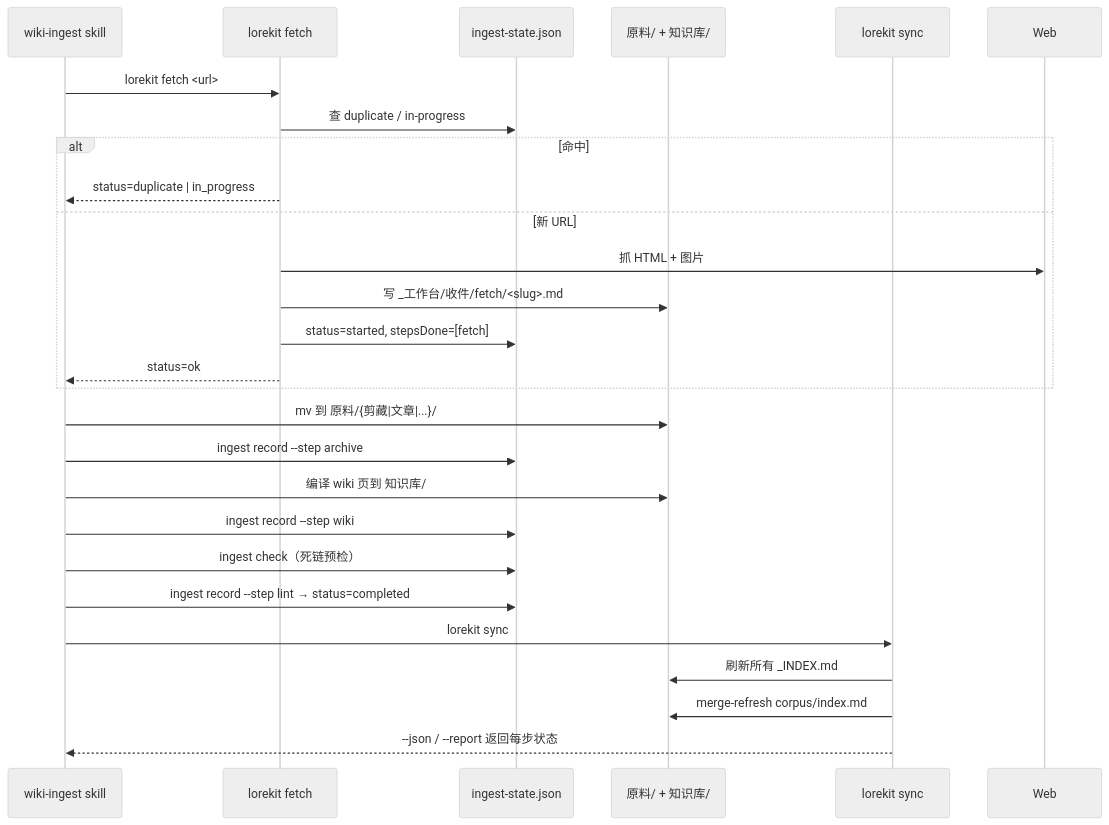
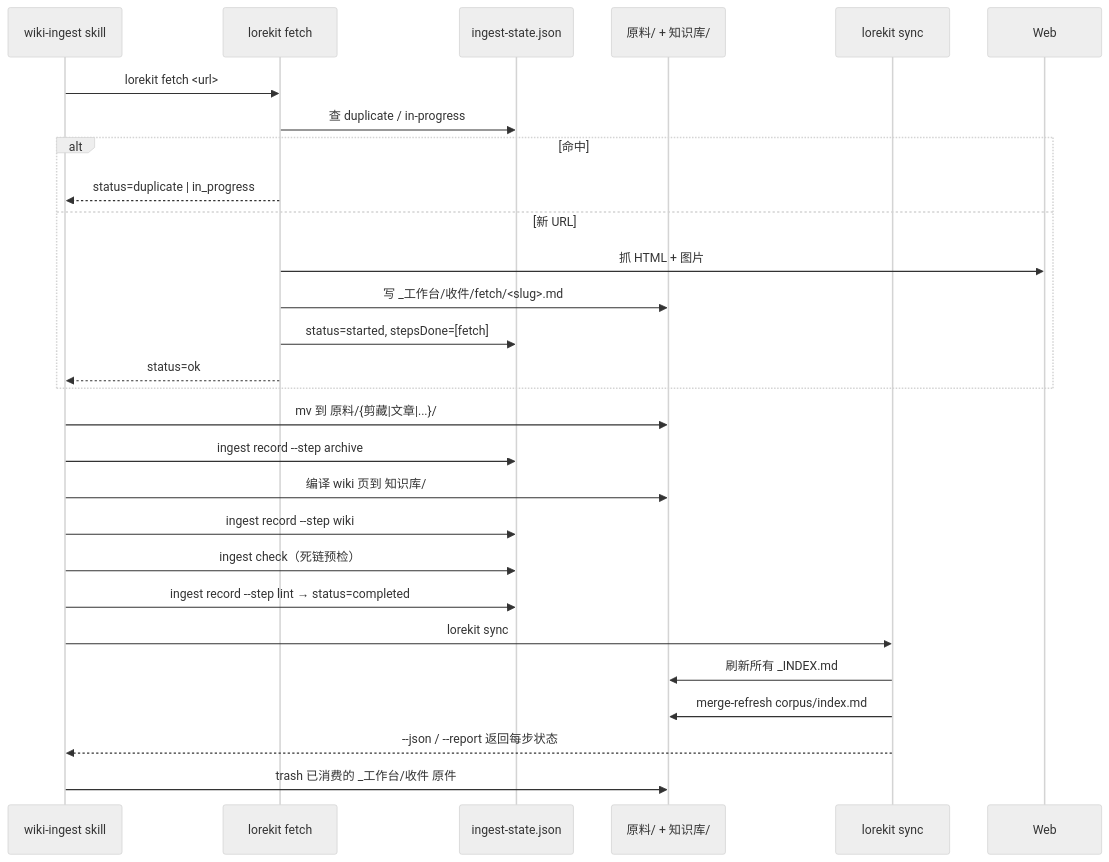
Before and after one commit to GYF0311/lorekit: the second of 5 diagrams in docs/ARCHITECTURE.md, drawn with Mermaid (neutral theme). The commit also changed 8 other files, not shown here.

````diff
--- a/docs/ARCHITECTURE.md
+++ b/docs/ARCHITECTURE.md
@@ -88,29 +88,30 @@
 ```mermaid
 sequenceDiagram
   participant Agent as wiki-ingest skill
   participant Fetch as lorekit fetch
   participant State as ingest-state.json
   participant Disk as 原料/ + 知识库/
   participant Sync as lorekit sync
 
   Agent->>Fetch: lorekit fetch <url>
   Fetch->>State: 查 duplicate / in-progress
   alt 命中
     Fetch-->>Agent: status=duplicate | in_progress
   else 新 URL
     Fetch->>Web: 抓 HTML + 图片
     Fetch->>Disk: 写 _工作台/收件/fetch/<slug>.md
     Fetch->>State: status=started, stepsDone=[fetch]
     Fetch-->>Agent: status=ok
   end
   Agent->>Disk: mv 到 原料/{剪藏|文章|...}/
   Agent->>State: ingest record --step archive
   Agent->>Disk: 编译 wiki 页到 知识库/
   Agent->>State: ingest record --step wiki
   Agent->>State: ingest check（死链预检）
   Agent->>State: ingest record --step lint → status=completed
   Agent->>Sync: lorekit sync
   Sync->>Disk: 刷新所有 _INDEX.md
   Sync->>Disk: merge-refresh corpus/index.md
   Sync-->>Agent: --json / --report 返回每步状态
+  Agent->>Disk: trash 已消费的 _工作台/收件 原件
 ```
````
